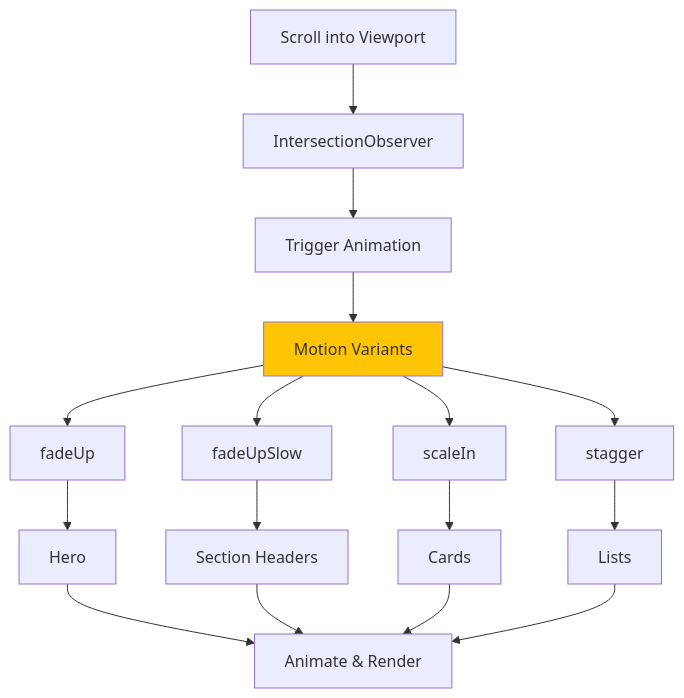
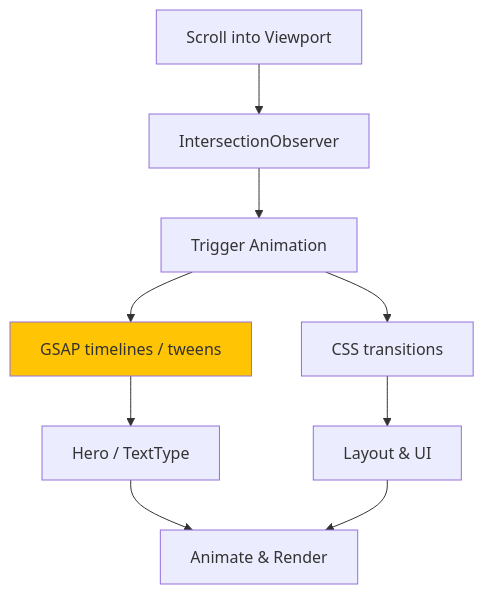
One commit to EclipticWhisper/Rhino changed the seventh of 10 diagrams in ARCHITECTURE.md. Above: the diagram before and after it, drawn with Mermaid. The commit also changed other lines of this file and 7 other files, not shown here.

````diff
--- a/ARCHITECTURE.md
+++ b/ARCHITECTURE.md
@@ -206,24 +206,16 @@
 ```mermaid
 graph TD
     Viewport[Scroll into Viewport] --> Observer[IntersectionObserver]
     Observer --> Trigger[Trigger Animation]
     
-    Trigger --> Variants[Motion Variants]
+    Trigger --> GSAP[GSAP timelines / tweens]
+    Trigger --> CSS[CSS transitions]
     
-    Variants --> FadeUp[fadeUp]
-    Variants --> FadeUpSlow[fadeUpSlow]
-    Variants --> ScaleIn[scaleIn]
-    Variants --> Stagger[stagger]
-    
-    FadeUp --> Component1[Hero]
-    FadeUpSlow --> Component2[Section Headers]
-    ScaleIn --> Component3[Cards]
-    Stagger --> Component4[Lists]
+    GSAP --> Component1[Hero / TextType]
+    CSS --> Component2[Layout & UI]
     
     Component1 --> Render[Animate & Render]
     Component2 --> Render
-    Component3 --> Render
-    Component4 --> Render
     
-    style Variants fill:#ffc404
+    style GSAP fill:#ffc404
 ```
````
